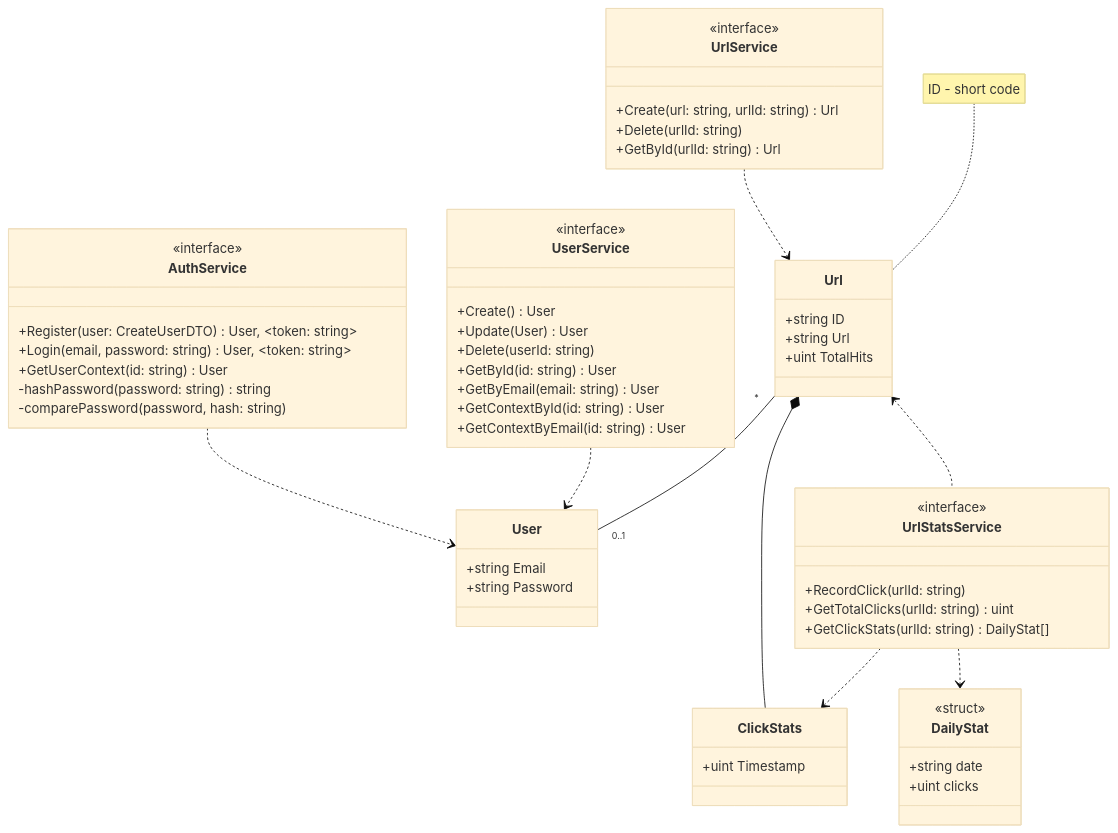
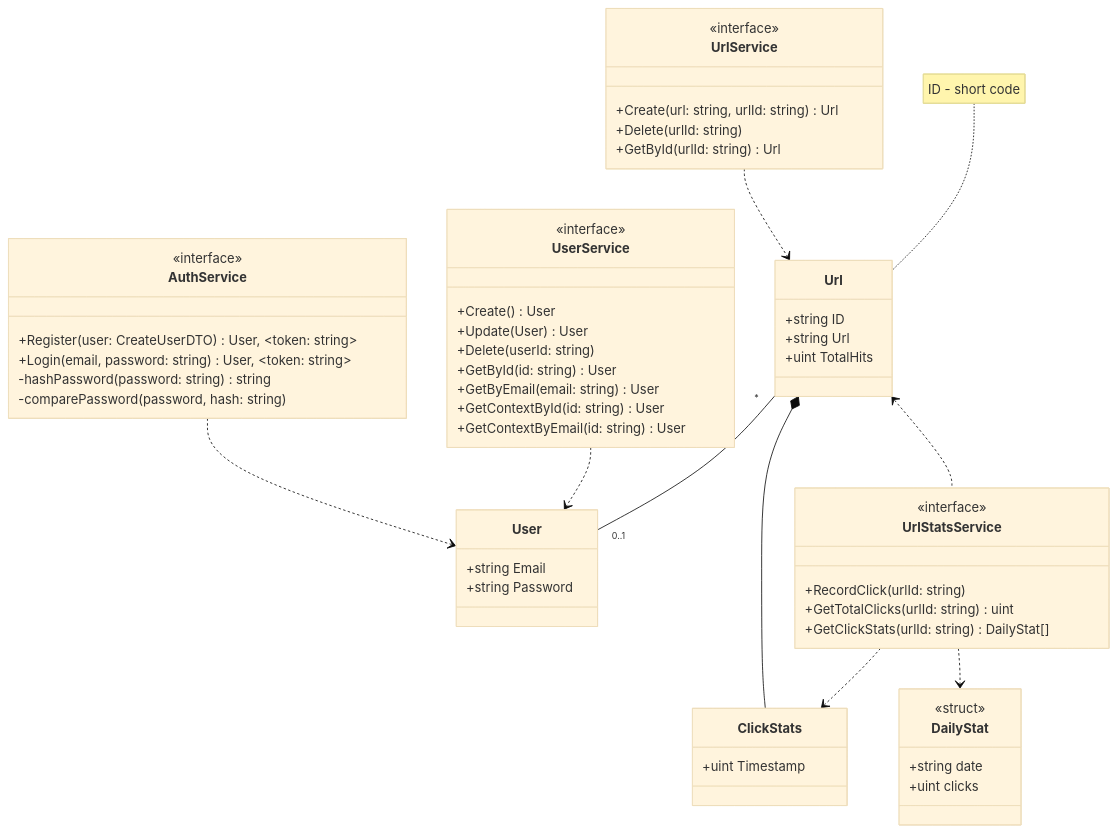
The diagram in docs/class-diagram.mmd (EugeneSchoolnik/url-shortener), drawn with Mermaid (base theme) before and after one commit. The commit also changed 11 other files, not shown here.

```diff
--- a/docs/class-diagram.mmd
+++ b/docs/class-diagram.mmd
@@ -1,57 +1,56 @@
 classDiagram
   class User {
     +string Email
     +string Password
   }
   class Url {
     +string ID
     +string Url
     +uint TotalHits
   }
   note for Url "ID - short code"
   Url "*" -- "0..1" User
   ClickStats --* Url
   ClickStats: +uint Timestamp
 
   class UserService {
     <<interface>>
     +Create() User
     +Update(User) User
     +Delete(userId: string)
     +GetById(id: string) User
     +GetByEmail(email: string) User
     +GetContextById(id: string) User
     +GetContextByEmail(id: string) User
   }
   UserService ..> User
   class AuthService {
     <<interface>>
     +Register(user: CreateUserDTO) User, ~token: string~
     +Login(email, password: string) User, ~token: string~
-    +GetUserContext(id: string) User
     -hashPassword(password: string) string
     -comparePassword(password, hash: string)
   }
   AuthService ..> User
   class UrlService {
     <<interface>>
     +Create(url: string, urlId: string) Url
     +Delete(urlId: string)
     +GetById(urlId: string) Url
   }
   UrlService ..> Url
   class UrlStatsService {
     <<interface>>
     +RecordClick(urlId: string)
     +GetTotalClicks(urlId: string) uint
     +GetClickStats(urlId: string) DailyStat[]
   }
   Url <.. UrlStatsService
   UrlStatsService ..> ClickStats
   UrlStatsService ..> DailyStat
 
   class DailyStat {
     <<struct>>
     +string date
     +uint clicks
   }
```
